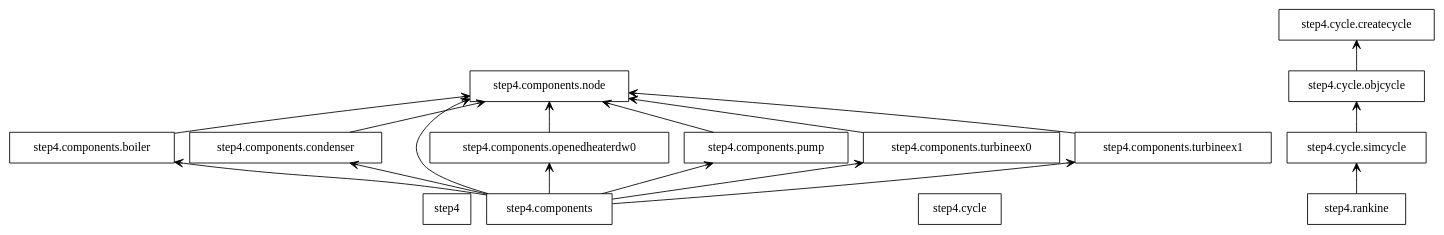
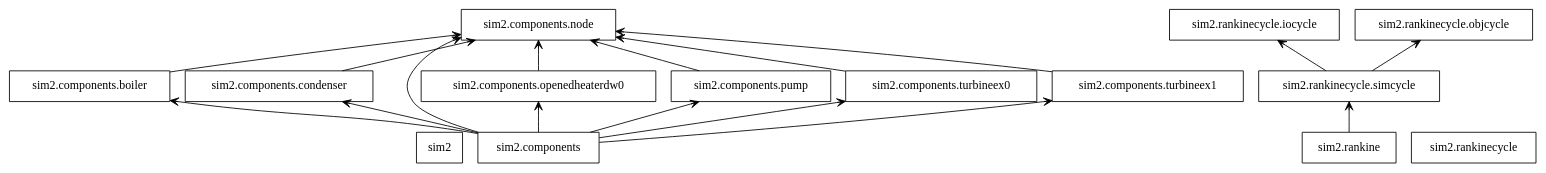
Before and after one commit to thermalogic/PyRankine: the diagram in sim2/uml/packages.dot, drawn with Graphviz. The commit also changed 4 other files, not shown here.

```diff
--- a/sim2/uml/packages.dot
+++ b/sim2/uml/packages.dot
@@ -1,34 +1,34 @@
 digraph "packages" {
 charset="utf-8"
 rankdir=BT
-"0" [label="step4", shape="box"];
-"1" [label="step4.components", shape="box"];
-"2" [label="step4.components.boiler", shape="box"];
-"3" [label="step4.components.condenser", shape="box"];
-"4" [label="step4.components.node", shape="box"];
-"5" [label="step4.components.openedheaterdw0", shape="box"];
-"6" [label="step4.components.pump", shape="box"];
-"7" [label="step4.components.turbineex0", shape="box"];
-"8" [label="step4.components.turbineex1", shape="box"];
-"9" [label="step4.cycle", shape="box"];
-"10" [label="step4.cycle.createcycle", shape="box"];
-"11" [label="step4.cycle.objcycle", shape="box"];
-"12" [label="step4.cycle.simcycle", shape="box"];
-"13" [label="step4.rankine", shape="box"];
+"0" [label="sim2", shape="box"];
+"1" [label="sim2.components", shape="box"];
+"2" [label="sim2.components.boiler", shape="box"];
+"3" [label="sim2.components.condenser", shape="box"];
+"4" [label="sim2.components.node", shape="box"];
+"5" [label="sim2.components.openedheaterdw0", shape="box"];
+"6" [label="sim2.components.pump", shape="box"];
+"7" [label="sim2.components.turbineex0", shape="box"];
+"8" [label="sim2.components.turbineex1", shape="box"];
+"9" [label="sim2.rankine", shape="box"];
+"10" [label="sim2.rankinecycle", shape="box"];
+"11" [label="sim2.rankinecycle.iocycle", shape="box"];
+"12" [label="sim2.rankinecycle.objcycle", shape="box"];
+"13" [label="sim2.rankinecycle.simcycle", shape="box"];
 "1" -> "2" [arrowhead="open", arrowtail="none"];
 "1" -> "3" [arrowhead="open", arrowtail="none"];
 "1" -> "4" [arrowhead="open", arrowtail="none"];
 "1" -> "5" [arrowhead="open", arrowtail="none"];
 "1" -> "6" [arrowhead="open", arrowtail="none"];
 "1" -> "7" [arrowhead="open", arrowtail="none"];
 "1" -> "8" [arrowhead="open", arrowtail="none"];
 "2" -> "4" [arrowhead="open", arrowtail="none"];
 "3" -> "4" [arrowhead="open", arrowtail="none"];
 "5" -> "4" [arrowhead="open", arrowtail="none"];
 "6" -> "4" [arrowhead="open", arrowtail="none"];
 "7" -> "4" [arrowhead="open", arrowtail="none"];
 "8" -> "4" [arrowhead="open", arrowtail="none"];
-"11" -> "10" [arrowhead="open", arrowtail="none"];
-"12" -> "11" [arrowhead="open", arrowtail="none"];
+"9" -> "13" [arrowhead="open", arrowtail="none"];
+"13" -> "11" [arrowhead="open", arrowtail="none"];
 "13" -> "12" [arrowhead="open", arrowtail="none"];
 }
```
